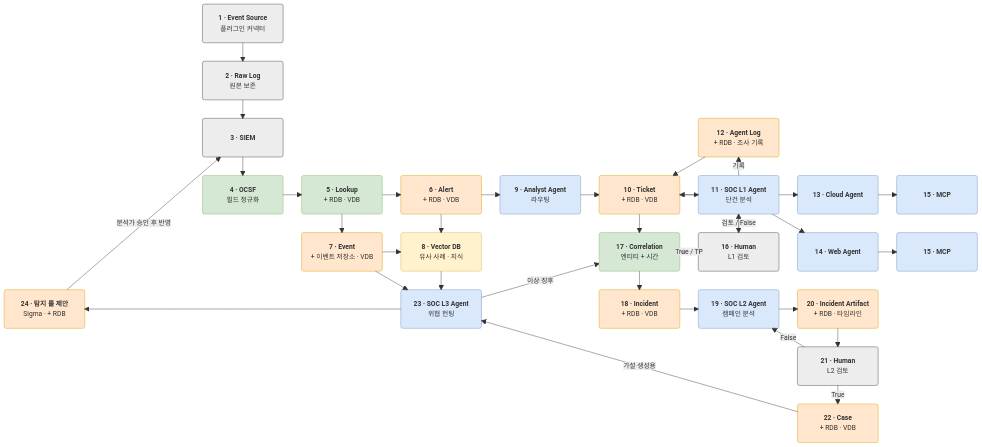
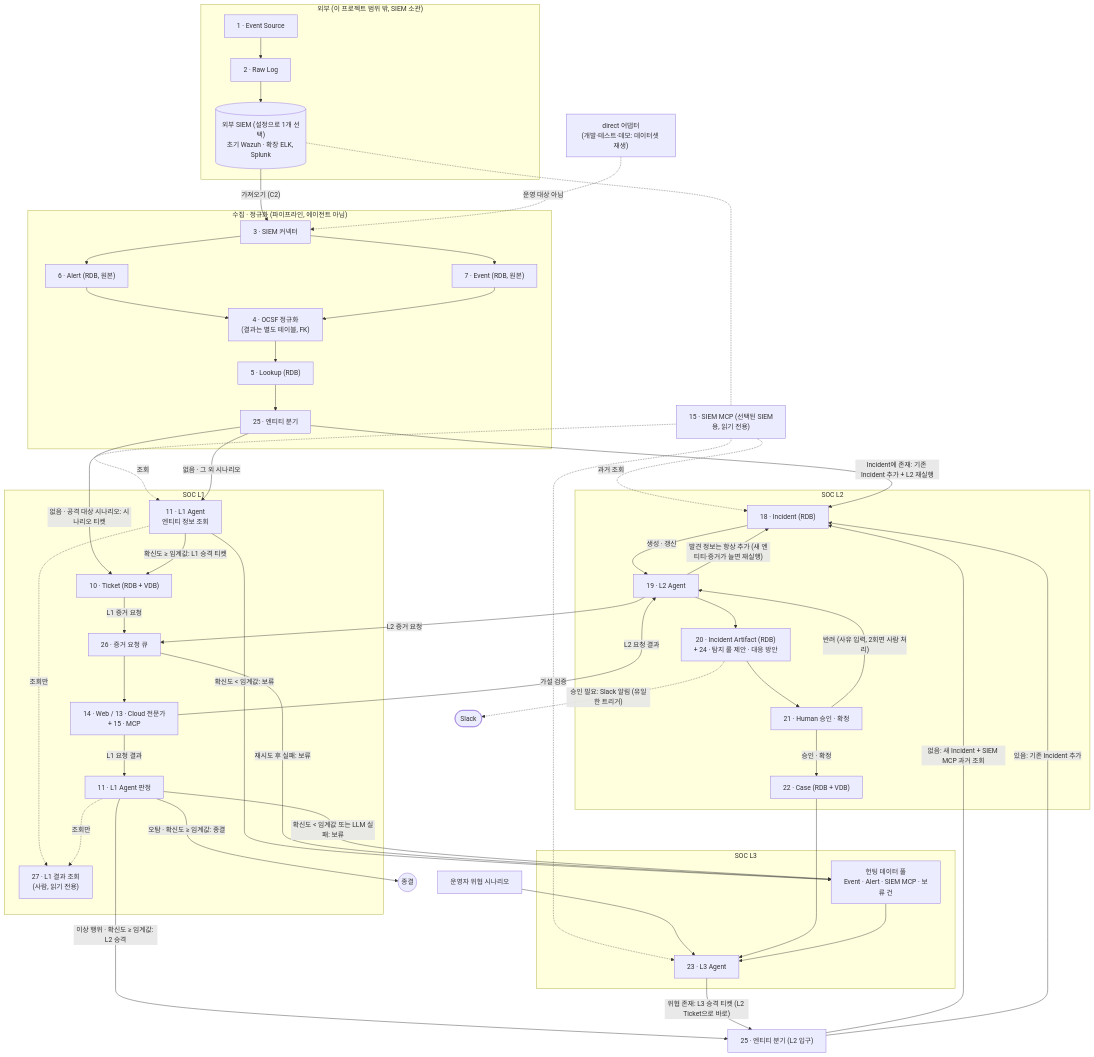
One commit to 0-Ticket/0-Ticket changed the diagram in docs/architecture.md. Above: the diagram before and after it, drawn with Mermaid. The commit also changed other lines of this file and 15 other files, not shown here.

Commit message:
chore(harness): restructure harness for architecture v2 (#33)

````diff
--- a/docs/architecture.md
+++ b/docs/architecture.md
@@ -3,60 +3,78 @@
 ```mermaid
-%%{init: {"block": {"padding": 44}}}%%
-block-beta
-  columns 10
-  space space ES("<b>1 · Event Source</b><br/>플러그인 커넥터") space:7
-  space space RAW("<b>2 · Raw Log</b><br/>원본 보존") space:7
-  space space SIEM("<b>3 · SIEM</b>") space:4 LOG("<b>12 · Agent Log</b><br/>+ RDB · 조사 기록") space:2
-  space space OCSF("<b>4 · OCSF</b><br/>필드 정규화") LK("<b>5 · Lookup</b><br/>+ RDB · VDB") AL("<b>6 · Alert</b><br/>+ RDB · VDB") AN("<b>9 · Analyst Agent</b><br/>라우팅") TK("<b>10 · Ticket</b><br/>+ RDB · VDB") L1("<b>11 · SOC L1 Agent</b><br/>단건 분석") CL("<b>13 · Cloud Agent</b>") MCP1("<b>15 · MCP</b>")
-  space space:2 EV("<b>7 · Event</b><br/>+ 이벤트 저장소 · VDB") VDB("<b>8 · Vector DB</b><br/>유사 사례 · 지식") space COR("<b>17 · Correlation</b><br/>엔티티 + 시간") H1("<b>16 · Human</b><br/>L1 검토") WEB("<b>14 · Web Agent</b>") MCP2("<b>15 · MCP</b>")
-  RULE("<b>24 · 탐지 룰 제안</b><br/>Sigma · + RDB") space:3 L3("<b>23 · SOC L3 Agent</b><br/>위협 헌팅") space INC("<b>18 · Incident</b><br/>+ RDB · VDB") L2("<b>19 · SOC L2 Agent</b><br/>캠페인 분석") ART("<b>20 · Incident Artifact</b><br/>+ RDB · 타임라인") space
-  space:8 H2("<b>21 · Human</b><br/>L2 검토") space
-  space:8 CASE("<b>22 · Case</b><br/>+ RDB · VDB") space
+flowchart TB
+  subgraph OUT["외부 (이 프로젝트 범위 밖, SIEM 소관)"]
+    ES["1 · Event Source"] --> RAW["2 · Raw Log"]
+    EXT[("외부 SIEM (설정으로 1개 선택)<br/>초기 Wazuh · 확장 ELK, Splunk")]
+  end
+  DIRECT["direct 어댑터<br/>(개발·테스트·데모: 데이터셋 재생)"]
 
-  ES --> RAW
-  RAW --> SIEM
-  SIEM --> OCSF
-  OCSF --> LK
-  LK --> AL
-  AL --> AN
-  AN --> TK
-  TK --> L1
-  L1 --> TK
-  L1 -- "기록" --> LOG
-  LOG --> TK
-  L1 --> CL
-  CL --> MCP1
-  L1 --> WEB
-  WEB --> MCP2
-  LK --> EV
-  AL --> VDB
-  EV --> VDB
-  VDB --> L3
-  EV --> L3
-  TK --> COR
-  COR --> INC
-  L1 -- "검토 / False" --> H1
-  H1 --> L1
-  H1 -- "True / TP" --> COR
-  L3 -- "이상 징후" --> COR
-  INC --> L2
-  L2 --> ART
-  ART --> H2
-  H2 -- "False" --> L2
-  H2 -- "True" --> CASE
-  L3 --> RULE
-  RULE -- "분석가 승인 후 반영" --> SIEM
-  CASE -- "가설 생성용" --> L3
+  subgraph P0["수집 · 정규화 (파이프라인, 에이전트 아님)"]
+    CON["3 · SIEM 커넥터"]
+    CON --> AL["6 · Alert (RDB, 원본)"]
+    CON --> EV["7 · Event (RDB, 원본)"]
+    AL --> OCSF["4 · OCSF 정규화<br/>(결과는 별도 테이블, FK)"]
+    EV --> OCSF
+    OCSF --> LK["5 · Lookup (RDB)"]
+    LK --> BR["25 · 엔티티 분기"]
+  end
 
-  %% 색상: 회색=수집·사람, 초록=처리 레이어, 주황=데이터 객체(+저장소), 파랑=Agent, 노랑=Vector DB
-  classDef src fill:#EDEDED,stroke:#3A3A3A,color:#1D2329
-  classDef proc fill:#D5E8D4,stroke:#82B366,color:#1D2329
-  classDef data fill:#FFE6CC,stroke:#D79B00,color:#1D2329
-  classDef agent fill:#DAE8FC,stroke:#6C8EBF,color:#1D2329
-  classDef vdb fill:#FFF2CC,stroke:#D6B656,color:#1D2329
-  class ES,RAW,SIEM,H1,H2 src
-  class OCSF,LK,COR proc
-  class AL,EV,TK,LOG,INC,ART,CASE,RULE data
-  class AN,L1,CL,WEB,MCP1,MCP2,L2,L3 agent
-  class VDB vdb
+  subgraph L1G["SOC L1"]
+    L1Q["11 · L1 Agent<br/>엔티티 정보 조회"]
+    TK["10 · Ticket (RDB + VDB)"]
+    Q["26 · 증거 요청 큐"]
+    SP["14 · Web / 13 · Cloud 전문가<br/>+ 15 · MCP"]
+    L1V["11 · L1 Agent 판정"]
+    L1R["27 · L1 결과 조회<br/>(사람, 읽기 전용)"]
+  end
+
+  SMCP["15 · SIEM MCP (선택된 SIEM용, 읽기 전용)"]
+
+  subgraph L2G["SOC L2"]
+    INC["18 · Incident (RDB)"]
+    L2["19 · L2 Agent"]
+    ART["20 · Incident Artifact (RDB)<br/>+ 24 · 탐지 룰 제안 · 대응 방안"]
+    H["21 · Human 승인 · 확정"]
+    CASE["22 · Case (RDB + VDB)"]
+  end
+
+  subgraph L3G["SOC L3"]
+    POOL["헌팅 데이터 풀<br/>Event · Alert · SIEM MCP · 보류 건"]
+    L3["23 · L3 Agent"]
+  end
+
+  RAW --> EXT
+  EXT -- "가져오기 (C2)" --> CON
+  DIRECT -. "운영 대상 아님" .-> CON
+  EXT -.- SMCP
+  SMCP -. "조회" .-> L1Q
+  SMCP -. "과거 조회" .-> INC
+  SMCP -. "가설 검증" .-> L3
+
+  BR -- "Incident에 존재: 기존 Incident 추가 + L2 재실행" --> INC
+  BR -- "없음 · 공격 대상 시나리오: 시나리오 티켓" --> TK
+  BR -- "없음 · 그 외 시나리오" --> L1Q
+  L1Q -- "확신도 ≥ 임계값: L1 승격 티켓" --> TK
+  L1Q -- "확신도 < 임계값: 보류" --> POOL
+  TK -- "L1 증거 요청" --> Q --> SP
+  SP -- "L1 요청 결과" --> L1V
+  Q -- "재시도 후 실패: 보류" --> POOL
+  L1V -- "오탐 · 확신도 ≥ 임계값: 종결" --> END1(("종결"))
+  L1V -- "확신도 < 임계값 또는 LLM 실패: 보류" --> POOL
+  L1V -- "이상 행위 · 확신도 ≥ 임계값: L2 승격" --> BR2["25 · 엔티티 분기 (L2 입구)"]
+  L1Q -. "조회만" .-> L1R
+  L1V -. "조회만" .-> L1R
+  BR2 -- "없음: 새 Incident + SIEM MCP 과거 조회" --> INC
+  BR2 -- "있음: 기존 Incident 추가" --> INC
+  INC -- "생성 · 갱신" --> L2
+  L2 -- "L2 증거 요청" --> Q
+  SP -- "L2 요청 결과" --> L2
+  L2 -- "발견 정보는 항상 추가 (새 엔티티·증거가 늘면 재실행)" --> INC
+  L2 --> ART --> H
+  H -- "승인 · 확정" --> CASE
+  H -- "반려 (사유 입력, 2회면 사람 처리)" --> L2
+  ART -. "승인 필요: Slack 알림 (유일한 트리거)" .-> SLACK(["Slack"])
+  OP["운영자 위협 시나리오"] --> L3
+  CASE --> L3
+  POOL --> L3
+  L3 -- "위협 존재: L3 승격 티켓 (L2 Ticket으로 바로)" --> BR2
 ```
````
